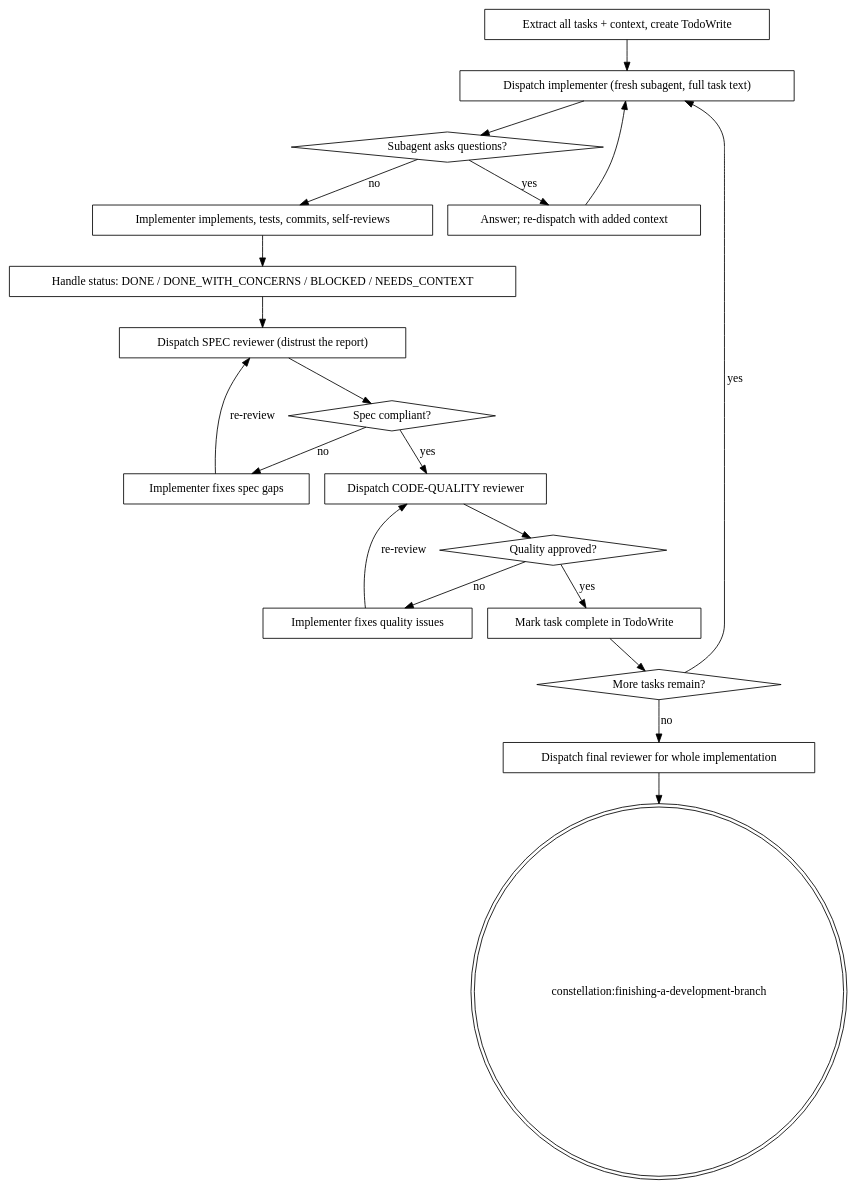
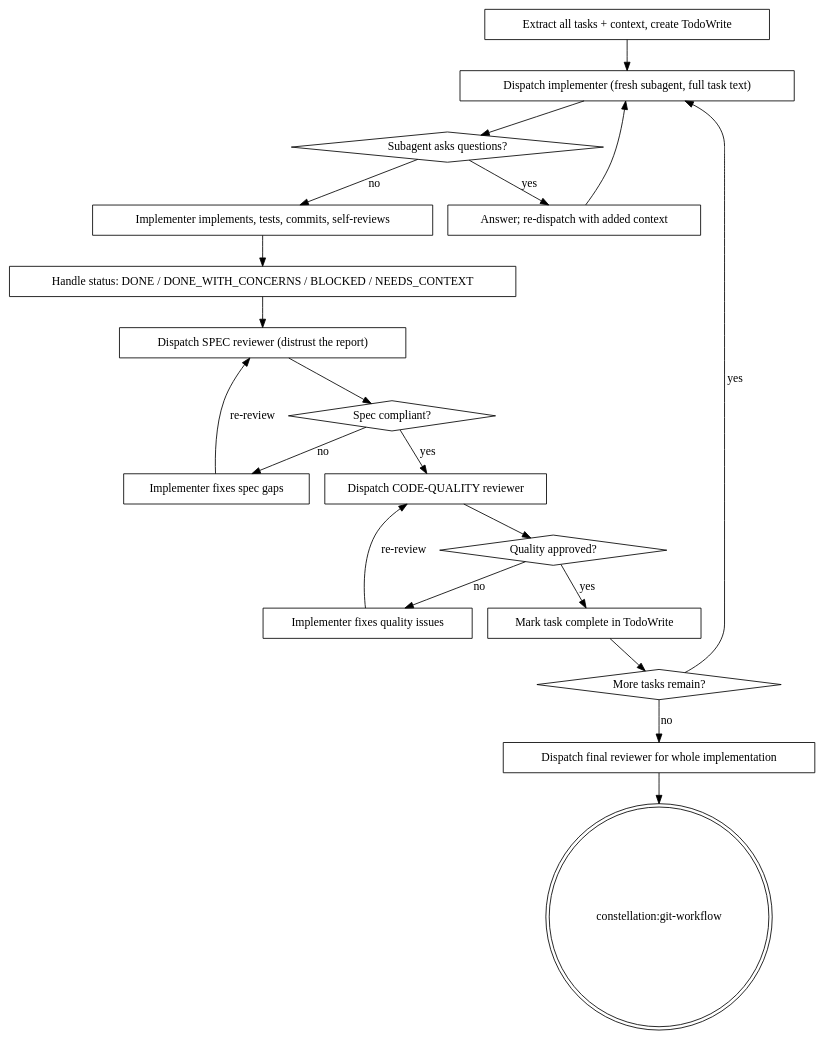
One commit to TrevorEdris/constellation changed the diagram in skills/subagent-driven-development/SKILL.md. Above: the diagram before and after it, drawn with Graphviz. The commit also changed other lines of this file and 315 other files, not shown here.

````diff
--- a/skills/subagent-driven-development/SKILL.md
+++ b/skills/subagent-driven-development/SKILL.md
@@ -52,41 +52,41 @@
 ```dot
 digraph process {
     rankdir=TB;
     "Extract all tasks + context, create TodoWrite" [shape=box];
     "Dispatch implementer (fresh subagent, full task text)" [shape=box];
     "Subagent asks questions?" [shape=diamond];
     "Answer; re-dispatch with added context" [shape=box];
     "Implementer implements, tests, commits, self-reviews" [shape=box];
     "Handle status: DONE / DONE_WITH_CONCERNS / BLOCKED / NEEDS_CONTEXT" [shape=box];
     "Dispatch SPEC reviewer (distrust the report)" [shape=box];
     "Spec compliant?" [shape=diamond];
     "Implementer fixes spec gaps" [shape=box];
     "Dispatch CODE-QUALITY reviewer" [shape=box];
     "Quality approved?" [shape=diamond];
     "Implementer fixes quality issues" [shape=box];
     "Mark task complete in TodoWrite" [shape=box];
     "More tasks remain?" [shape=diamond];
     "Dispatch final reviewer for whole implementation" [shape=box];
-    "constellation:finishing-a-development-branch" [shape=doublecircle];
+    "constellation:git-workflow" [shape=doublecircle];
 
     "Extract all tasks + context, create TodoWrite" -> "Dispatch implementer (fresh subagent, full task text)";
     "Dispatch implementer (fresh subagent, full task text)" -> "Subagent asks questions?";
     "Subagent asks questions?" -> "Answer; re-dispatch with added context" [label="yes"];
     "Answer; re-dispatch with added context" -> "Dispatch implementer (fresh subagent, full task text)";
     "Subagent asks questions?" -> "Implementer implements, tests, commits, self-reviews" [label="no"];
     "Implementer implements, tests, commits, self-reviews" -> "Handle status: DONE / DONE_WITH_CONCERNS / BLOCKED / NEEDS_CONTEXT";
     "Handle status: DONE / DONE_WITH_CONCERNS / BLOCKED / NEEDS_CONTEXT" -> "Dispatch SPEC reviewer (distrust the report)";
     "Dispatch SPEC reviewer (distrust the report)" -> "Spec compliant?";
     "Spec compliant?" -> "Implementer fixes spec gaps" [label="no"];
     "Implementer fixes spec gaps" -> "Dispatch SPEC reviewer (distrust the report)" [label="re-review"];
     "Spec compliant?" -> "Dispatch CODE-QUALITY reviewer" [label="yes"];
     "Dispatch CODE-QUALITY reviewer" -> "Quality approved?";
     "Quality approved?" -> "Implementer fixes quality issues" [label="no"];
     "Implementer fixes quality issues" -> "Dispatch CODE-QUALITY reviewer" [label="re-review"];
     "Quality approved?" -> "Mark task complete in TodoWrite" [label="yes"];
     "Mark task complete in TodoWrite" -> "More tasks remain?";
     "More tasks remain?" -> "Dispatch implementer (fresh subagent, full task text)" [label="yes"];
     "More tasks remain?" -> "Dispatch final reviewer for whole implementation" [label="no"];
-    "Dispatch final reviewer for whole implementation" -> "constellation:finishing-a-development-branch";
+    "Dispatch final reviewer for whole implementation" -> "constellation:git-workflow";
 }
 ```
````
